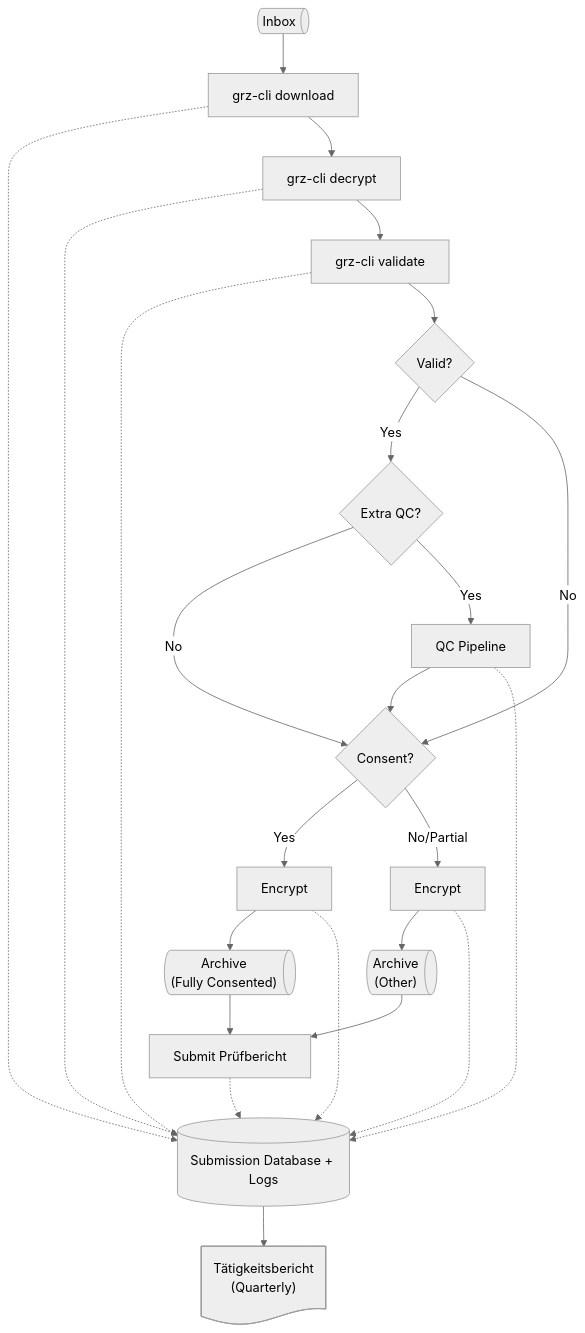
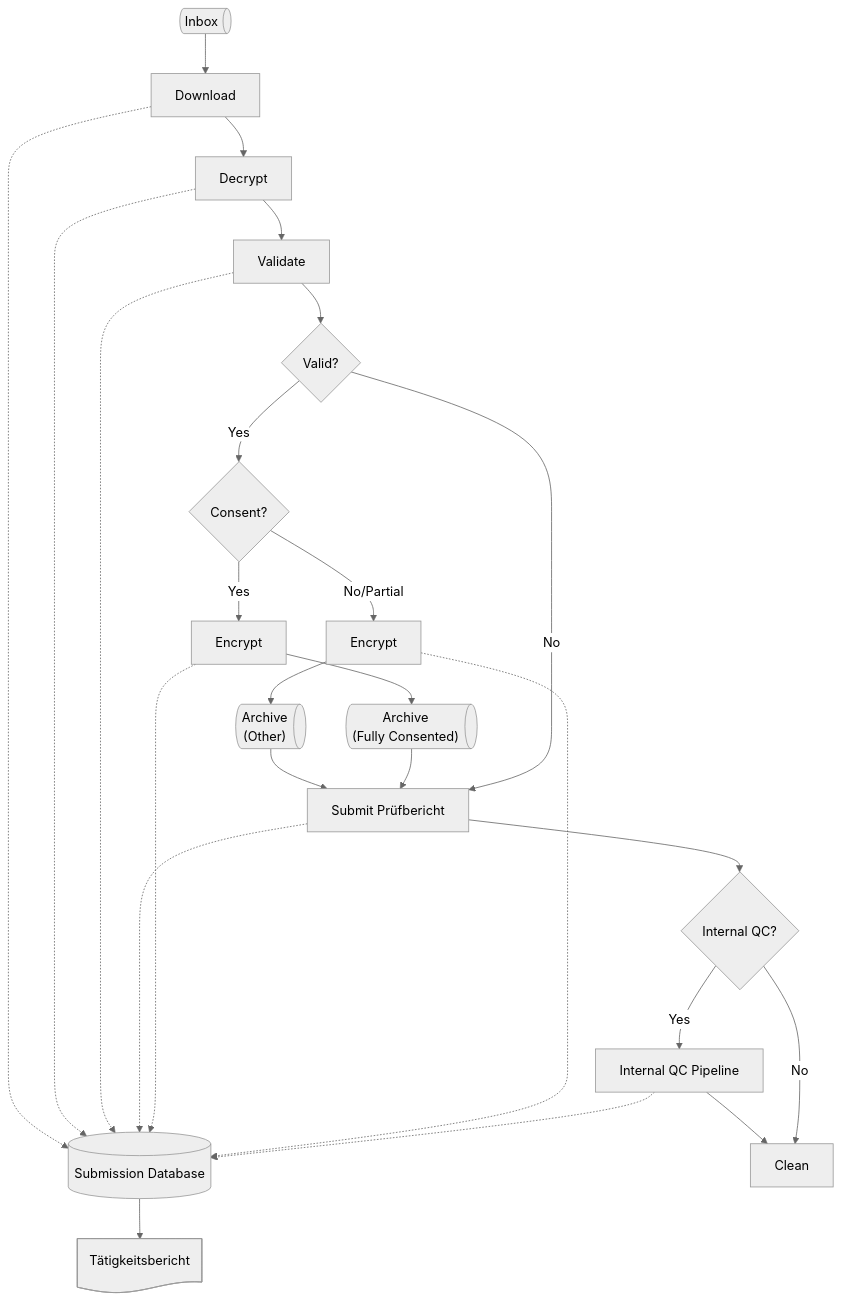
Before and after one commit to twrightsman/grz-watchdog: the first of 2 diagrams in docs/design.md, drawn with Mermaid (neutral theme). The commit also changed other lines of this file, not shown here.

````diff
--- a/docs/design.md
+++ b/docs/design.md
@@ -8,42 +8,44 @@
 ```mermaid
 flowchart TD
-    n1["Inbox"] --> n2["grz-cli download"]
-    n2 -.-> n12
-    n2 --> n3["grz-cli decrypt"]
+    n1["Inbox"] --> n2["Download"]
+    n2 -.-> n12["Submission Database"]
+    n2 --> n3["Decrypt"]
     n3 -.-> n12
-    n3 --> n4["grz-cli validate"]
-    n4 -.-> n12["Submission Database + Logs"]
+    n3 --> n4["Validate"]
+    n4 -.-> n12
     n4 --> n15["Valid?"]
-    n5["Extra QC?"] -- No --> n9["Consent?"]
-    n5 -- "Yes" --> n7["QC Pipeline"]
-    n7 --> n9
-    n7 -.-> n12
-    n6 -.-> n12
-    n9 -- Yes --> n11["Encrypt"]
+    n6["Submit Prüfbericht"] -.-> n12
+    n9["Consent?"] -- Yes --> n11["Encrypt"]
     n9 -- No/Partial --> n14["Encrypt"]
     n11 --> n8["Archive<br>(Fully Consented)"]
     n11 -.-> n12
-    n12 --> n13["Tätigkeitsbericht<br>(Quarterly)"]
+    n12 --> n13["Tätigkeitsbericht"]
     n14 --> n10["Archive<br>(Other)"]
     n14 -.-> n12
-    n15 -- Yes --> n5
-    n15 -- No  --> n9
-    n10 --> n6["Submit Prüfbericht"]
+    n15 -- Yes --> n9
+    n10 --> n6
     n8 --> n6
+    n15 -- No --> n6
+    n6 --> n17["Internal QC?"]
+    n17 -- Yes --> n16["Internal QC Pipeline"]
+    n16 --> n18["Clean"]
+    n17 -- No --> n18
+    n16 -.-> n12
 
     n1@{ shape: das}
     n2@{ shape: proc}
+    n12@{ shape: db}
     n3@{ shape: proc}
     n4@{ shape: proc}
-    n12@{ shape: db}
     n15@{ shape: decision}
-    n5@{ shape: decision}
     n6@{ shape: proc}
-    n7@{ shape: proc}
     n9@{ shape: decision}
     n11@{ shape: proc}
     n14@{ shape: proc}
     n8@{ shape: das}
     n13@{ shape: doc}
     n10@{ shape: das}
+    n17@{ shape: decision}
+    n16@{ shape: proc}
+    n18@{ shape: proc}
 ```
````
